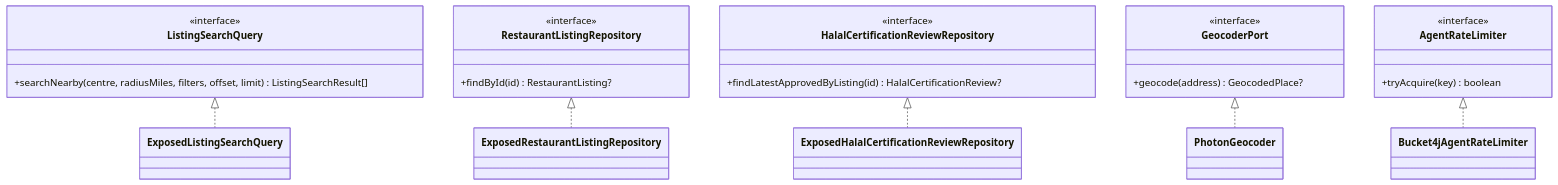
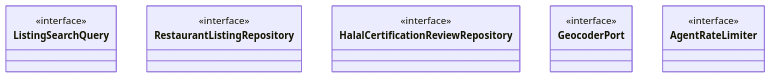
Before and after one commit to Losers-Lab/tahirs-list: the fifth of 5 diagrams in docs/features/SC-209/05-class-diagram-system.md, drawn with Mermaid. The commit also changed other lines of this file and 10 other files, not shown here.

Commit message:
[SC-209] Retrofit design to diagram-first standard

````diff
--- a/docs/features/SC-209/05-class-diagram-system.md
+++ b/docs/features/SC-209/05-class-diagram-system.md
@@ -194,35 +112,8 @@
 ```mermaid
 classDiagram
-    class ListingSearchQuery {
-        <<interface>>
-        +searchNearby(centre, radiusMiles, filters, offset, limit) ListingSearchResult[]
-    }
-    class RestaurantListingRepository {
-        <<interface>>
-        +findById(id) RestaurantListing?
-    }
-    class HalalCertificationReviewRepository {
-        <<interface>>
-        +findLatestApprovedByListing(id) HalalCertificationReview?
-    }
-    class GeocoderPort {
-        <<interface>>
-        +geocode(address) GeocodedPlace?
-    }
-    class AgentRateLimiter {
-        <<interface>>
-        +tryAcquire(key) boolean
-    }
-
-    class ExposedListingSearchQuery
-    class ExposedRestaurantListingRepository
-    class ExposedHalalCertificationReviewRepository
-    class PhotonGeocoder
-    class Bucket4jAgentRateLimiter
-
-    ListingSearchQuery <|.. ExposedListingSearchQuery
-    RestaurantListingRepository <|.. ExposedRestaurantListingRepository
-    HalalCertificationReviewRepository <|.. ExposedHalalCertificationReviewRepository
-    GeocoderPort <|.. PhotonGeocoder
-    AgentRateLimiter <|.. Bucket4jAgentRateLimiter
+    class ListingSearchQuery { <<interface>> }
+    class RestaurantListingRepository { <<interface>> }
+    class HalalCertificationReviewRepository { <<interface>> }
+    class GeocoderPort { <<interface>> }
+    class AgentRateLimiter { <<interface>> }
 ```
````
